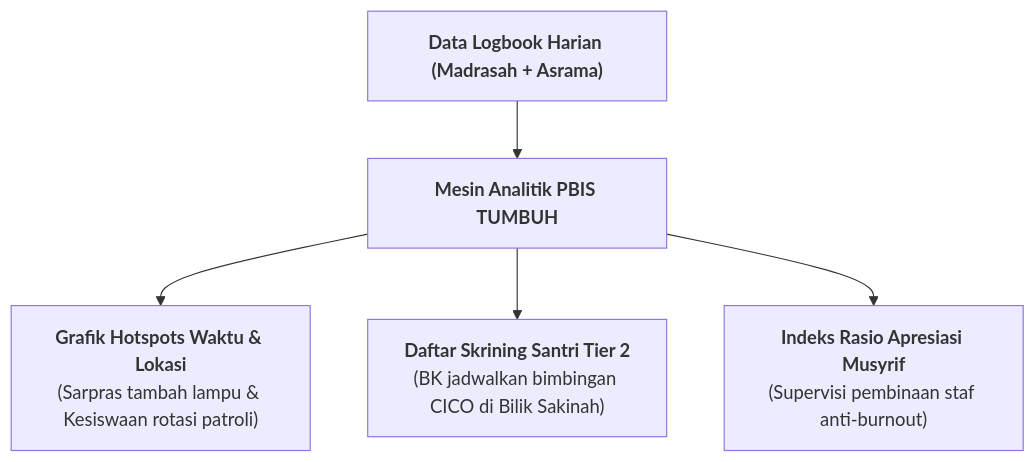
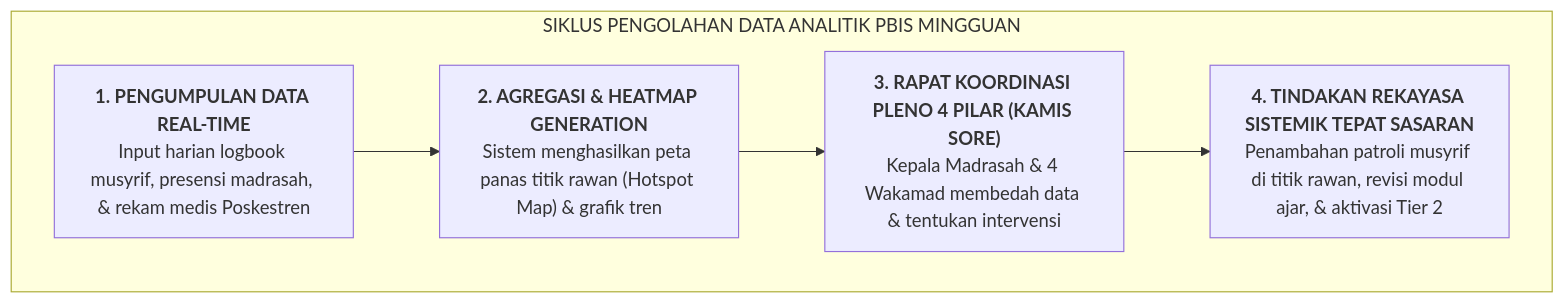
Before and after one commit to wandiapriliyandi/tumbuh: the diagram in BOOK Series 2/Volume-03-Sistem-Asesmen-Perkembangan-Karakter/Bab-02-Observasi-Alami-dan-Logbook-Digital/04-Pengolahan-Analitik-dan-Deteksi-Titik-Rawan.md, drawn with Mermaid. The commit also changed other lines of this file and 61 other files, not shown here.

````diff
--- a/BOOK Series 2/Volume-03-Sistem-Asesmen-Perkembangan-Karakter/Bab-02-Observasi-Alami-dan-Logbook-Digital/04-Pengolahan-Analitik-dan-Deteksi-Titik-Rawan.md
+++ b/BOOK Series 2/Volume-03-Sistem-Asesmen-Perkembangan-Karakter/Bab-02-Observasi-Alami-dan-Logbook-Digital/04-Pengolahan-Analitik-dan-Deteksi-Titik-Rawan.md
@@ -14,8 +15,14 @@
 ```mermaid
 flowchart TD
-    DataRaw["<b>Data Logbook Harian (Madrasah + Asrama)</b>"] --> Engine["<b>Mesin Analitik PBIS TUMBUH</b>"]
-    
-    Engine --> G1["<b>Grafik Hotspots Waktu & Lokasi</b><br/>(Sarpras tambah lampu & Kesiswaan rotasi patroli)"]
-    Engine --> G2["<b>Daftar Skrining Santri Tier 2</b><br/>(BK jadwalkan bimbingan CICO di Bilik Sakinah)"]
-    Engine --> G3["<b>Indeks Rasio Apresiasi Musyrif</b><br/>(Supervisi pembinaan staf anti-burnout)"]
+    subgraph SiklusAnalitikPBIS["SIKLUS PENGOLAHAN DATA ANALITIK PBIS MINGGUAN"]
+        D1["<b>1. PENGUMPULAN DATA REAL-TIME</b><br/>Input harian logbook musyrif, presensi madrasah, & rekam medis Poskestren"]
+        
+        D2["<b>2. AGREGASI & HEATMAP GENERATION</b><br/>Sistem menghasilkan peta panas titik rawan (Hotspot Map) & grafik tren"]
+        
+        D3["<b>3. RAPAT KOORDINASI PLENO 4 PILAR (KAMIS SORE)</b><br/>Kepala Madrasah & 4 Wakamad membedah data & tentukan intervensi"]
+        
+        D4["<b>4. TINDAKAN REKAYASA SISTEMIK TEPAT SASARAN</b><br/>Penambahan patroli musyrif di titik rawan, revisi modul ajar, & aktivasi Tier 2"]
+
+        D1 --> D2 --> D3 --> D4
+    end
 ```
````
